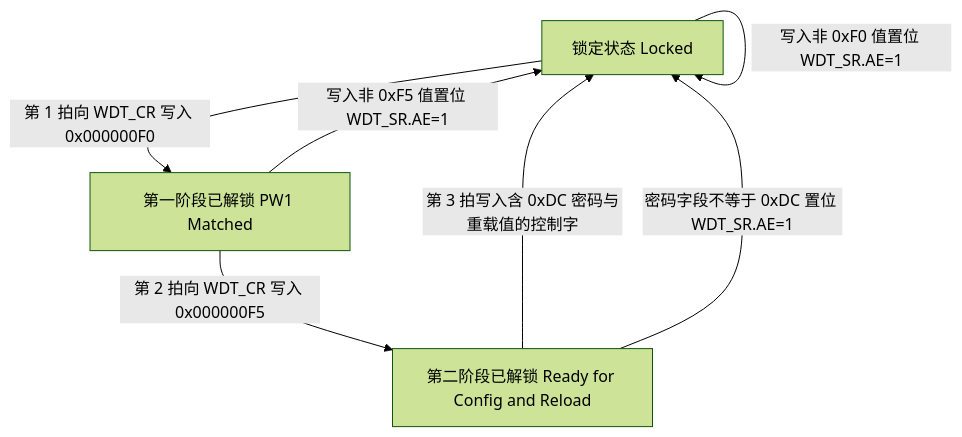
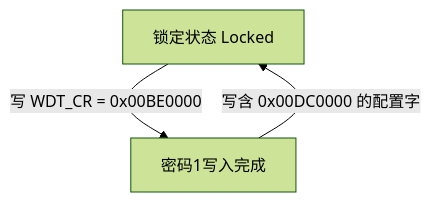
Before and after one commit to difanz/lantiq-falcon-s-docs: the diagram in 04_peripherals_and_io/03_timers_and_wdt.md, drawn with Mermaid (forest theme). The commit also changed other lines of this file and 52 other files, not shown here.

````diff
--- a/04_peripherals_and_io/03_timers_and_wdt.md
+++ b/04_peripherals_and_io/03_timers_and_wdt.md
@@ -84,13 +86,7 @@
 ```mermaid
 flowchart TD
     LOCKED["锁定状态 Locked"]
-    PW1_UNLOCKED["第一阶段已解锁 PW1 Matched"]
-    PW2_UNLOCKED["第二阶段已解锁 Ready for Config and Reload"]
-
-    LOCKED -->|第 1 拍向 WDT_CR 写入 0x000000F0| PW1_UNLOCKED
-    LOCKED -->|写入非 0xF0 值置位 WDT_SR.AE=1| LOCKED
-    PW1_UNLOCKED -->|第 2 拍向 WDT_CR 写入 0x000000F5| PW2_UNLOCKED
-    PW1_UNLOCKED -->|写入非 0xF5 值置位 WDT_SR.AE=1| LOCKED
-    PW2_UNLOCKED -->|第 3 拍写入含 0xDC 密码与重载值的控制字| LOCKED
-    PW2_UNLOCKED -->|密码字段不等于 0xDC 置位 WDT_SR.AE=1| LOCKED
+    PW1_UNLOCKED["密码1写入完成"]
+    LOCKED -->|写 WDT_CR = 0x00BE0000| PW1_UNLOCKED
+    PW1_UNLOCKED -->|写含 0x00DC0000 的配置字| LOCKED
 ```
````
